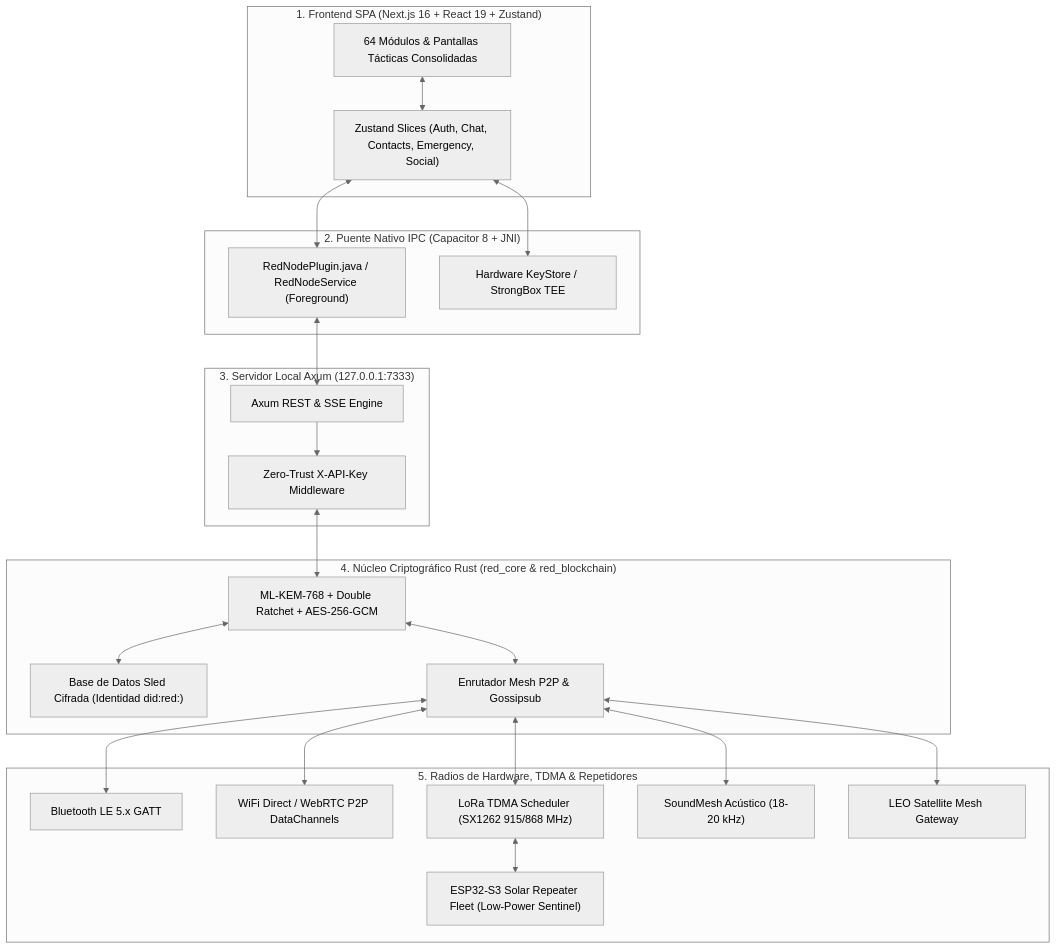
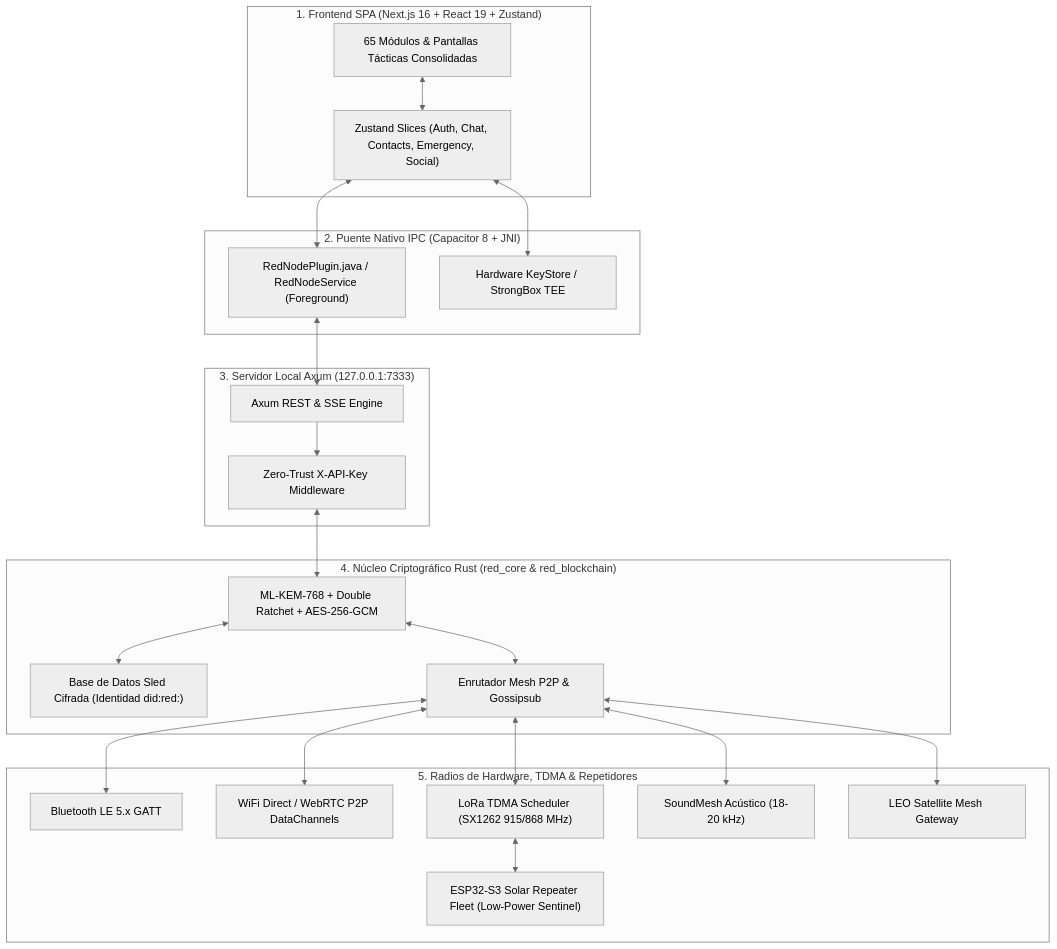
Before and after one commit to DarckRovert/RED: the diagram in README.md, drawn with Mermaid (neutral theme). The commit also changed other lines of this file and 75 other files, not shown here.

````diff
--- a/README.md
+++ b/README.md
@@ -77,47 +77,47 @@
 ```mermaid
 graph TD
     subgraph FRONTEND ["1. Frontend SPA (Next.js 16 + React 19 + Zustand)"]
-        UI["64 Módulos & Pantallas Tácticas Consolidadas"]
+        UI["65 Módulos & Pantallas Tácticas Consolidadas"]
         STORE["Zustand Slices (Auth, Chat, Contacts, Emergency, Social)"]
         UI <--> STORE
     end
 
     subgraph BRIDGES ["2. Puente Nativo IPC (Capacitor 8 + JNI)"]
         JNI["RedNodePlugin.java / RedNodeService (Foreground)"]
         KEYSTORE["Hardware KeyStore / StrongBox TEE"]
         STORE <--> JNI
         STORE <--> KEYSTORE
     end
 
     subgraph LOCAL_SERVER ["3. Servidor Local Axum (127.0.0.1:7333)"]
         AXUM["Axum REST & SSE Engine"]
         SEC_MW["Zero-Trust X-API-Key Middleware"]
         JNI <--> AXUM
         AXUM --> SEC_MW
     end
 
     subgraph RUST_CORE ["4. Núcleo Criptográfico Rust (red_core & red_blockchain)"]
         CORE_CRYPTO["ML-KEM-768 + Double Ratchet + AES-256-GCM"]
         CORE_STORAGE["Base de Datos Sled Cifrada (Identidad did:red:)"]
         CORE_MESH["Enrutador Mesh P2P & Gossipsub"]
         SEC_MW <--> CORE_CRYPTO
         CORE_CRYPTO <--> CORE_STORAGE
         CORE_CRYPTO <--> CORE_MESH
     end
 
     subgraph HARDWARE_RADIOS ["5. Radios de Hardware, TDMA & Repetidores"]
         BLE["Bluetooth LE 5.x GATT"]
         WIFI["WiFi Direct / WebRTC P2P DataChannels"]
         TDMA_LORA["LoRa TDMA Scheduler (SX1262 915/868 MHz)"]
         SOLAR_FLEET["ESP32-S3 Solar Repeater Fleet (Low-Power Sentinel)"]
         SOUND["SoundMesh Acústico (18-20 kHz)"]
         SAT_GW["LEO Satellite Mesh Gateway"]
         
         CORE_MESH <--> BLE
         CORE_MESH <--> WIFI
         CORE_MESH <--> TDMA_LORA
         TDMA_LORA <--> SOLAR_FLEET
         CORE_MESH <--> SOUND
         CORE_MESH <--> SAT_GW
     end
 ```
````
